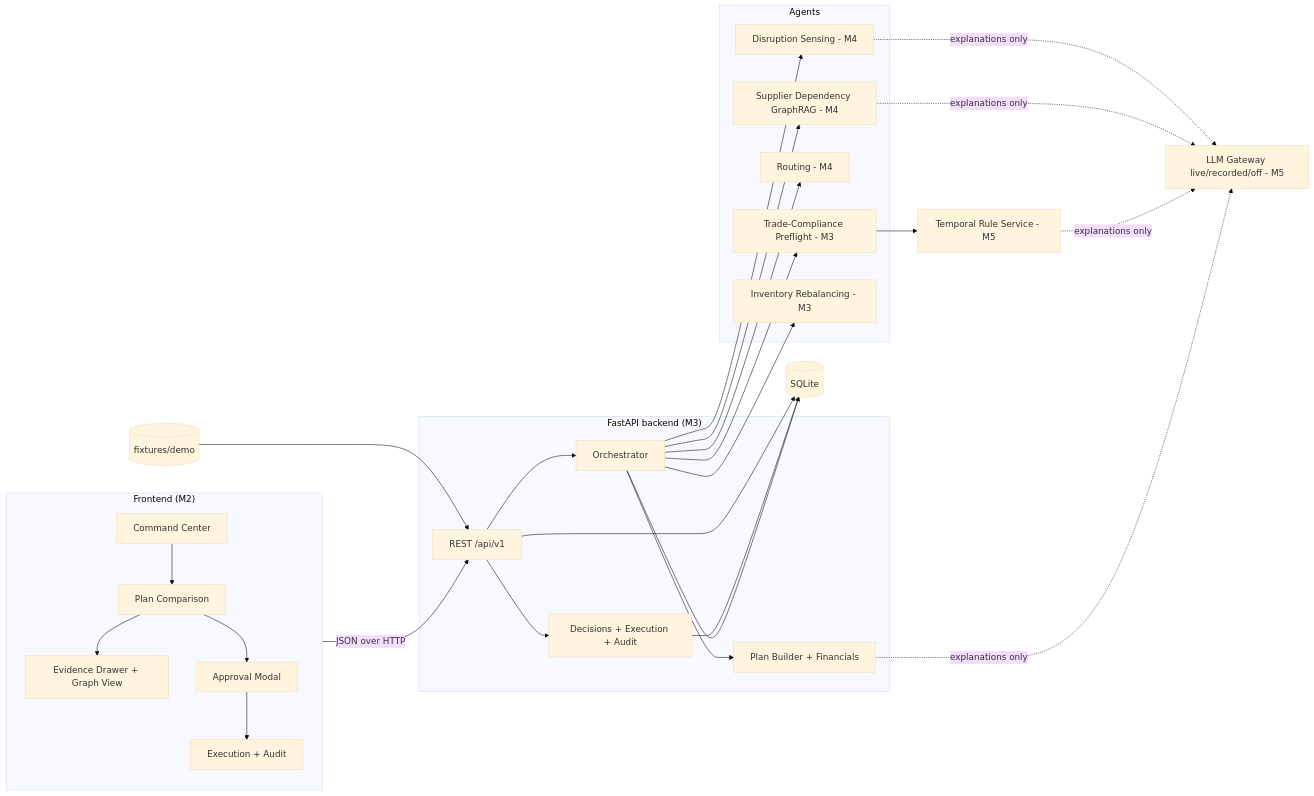
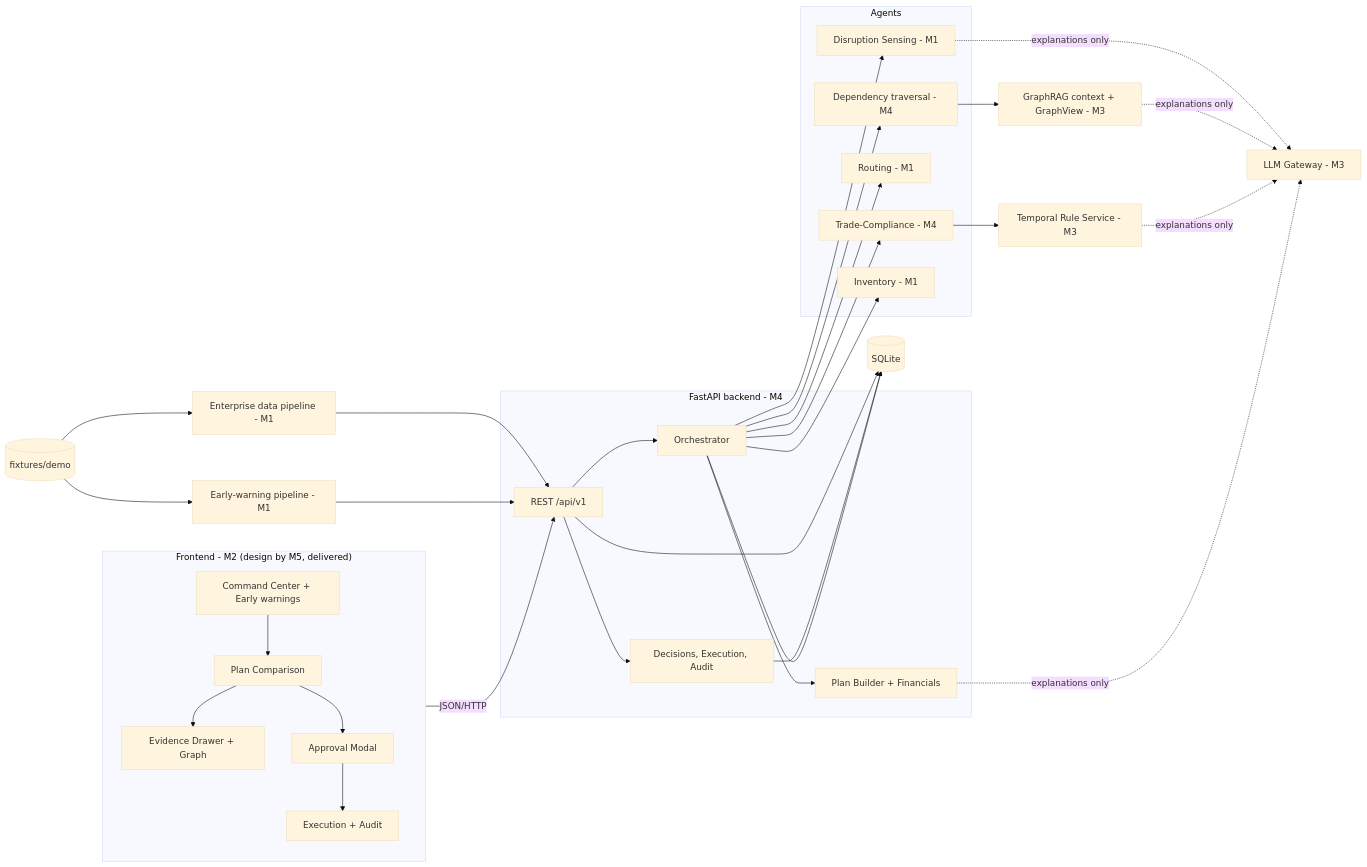
Before and after one commit to Kashyep/Aegishield: the first of 2 diagrams in docs/00-source-of-truth.md, drawn with Mermaid (base theme). The commit also changed other lines of this file and 28 other files, not shown here.

````diff
--- a/docs/00-source-of-truth.md
+++ b/docs/00-source-of-truth.md
@@ -231,31 +308,36 @@
 ```mermaid
 flowchart LR
-  subgraph UI["Frontend (M2)"]
-    CC[Command Center] --> CMP[Plan Comparison]
-    CMP --> EVD[Evidence Drawer + Graph View]
+  subgraph UI["Frontend - M2 (design by M5, delivered)"]
+    CC[Command Center + Early warnings] --> CMP[Plan Comparison]
+    CMP --> EVD[Evidence Drawer + Graph]
     CMP --> APR[Approval Modal]
     APR --> EXE[Execution + Audit]
   end
-  subgraph API["FastAPI backend (M3)"]
+  subgraph API["FastAPI backend - M4"]
     R[REST /api/v1] --> ORC[Orchestrator]
-    R --> DEC[Decisions + Execution + Audit]
+    R --> DEC[Decisions, Execution, Audit]
     ORC --> PB[Plan Builder + Financials]
   end
+  DATA[Enterprise data pipeline - M1]
+  EWS[Early-warning pipeline - M1]
   subgraph AG["Agents"]
-    DSA[Disruption Sensing - M4]
-    SDA[Supplier Dependency GraphRAG - M4]
-    RTA[Routing - M4]
-    TCA[Trade-Compliance Preflight - M3]
-    IRA[Inventory Rebalancing - M3]
+    DSA[Disruption Sensing - M1]
+    SDA[Dependency traversal - M4]
+    RTA[Routing - M1]
+    TCA[Trade-Compliance - M4]
+    IRA[Inventory - M1]
   end
-  TRS[Temporal Rule Service - M5]
-  LLM[LLM Gateway live/recorded/off - M5]
+  TRS[Temporal Rule Service - M3]
+  GRC[GraphRAG context + GraphView - M3]
+  LLM[LLM Gateway - M3]
   DB[(SQLite)]
   FX[(fixtures/demo)]
-  UI -- JSON over HTTP --> R
-  ORC --> DSA & SDA & RTA & TCA & IRA
+  FX --> DATA --> R
+  FX --> EWS --> R
+  UI -- JSON/HTTP --> R
+  ORC --> DSA & SDA & RTA & IRA & TCA
   TCA --> TRS
-  DSA & SDA & TRS & PB -. explanations only .-> LLM
+  SDA --> GRC
+  DSA & GRC & TRS & PB -. explanations only .-> LLM
   R & DEC & ORC --> DB
-  FX --> R
 ```
````
